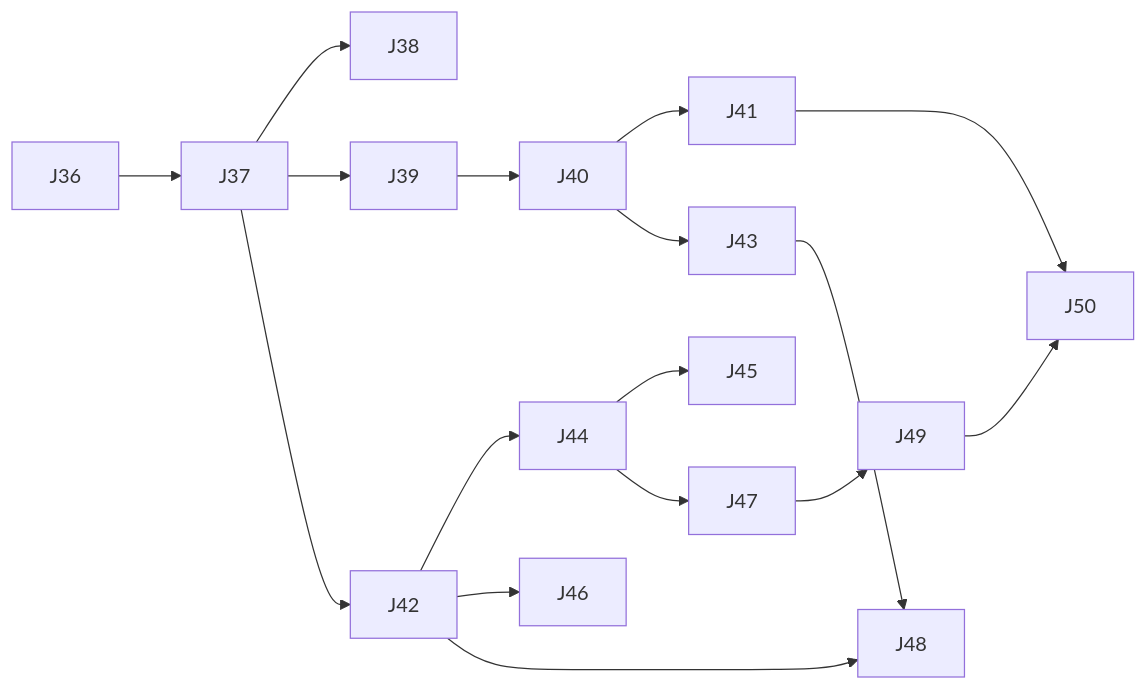
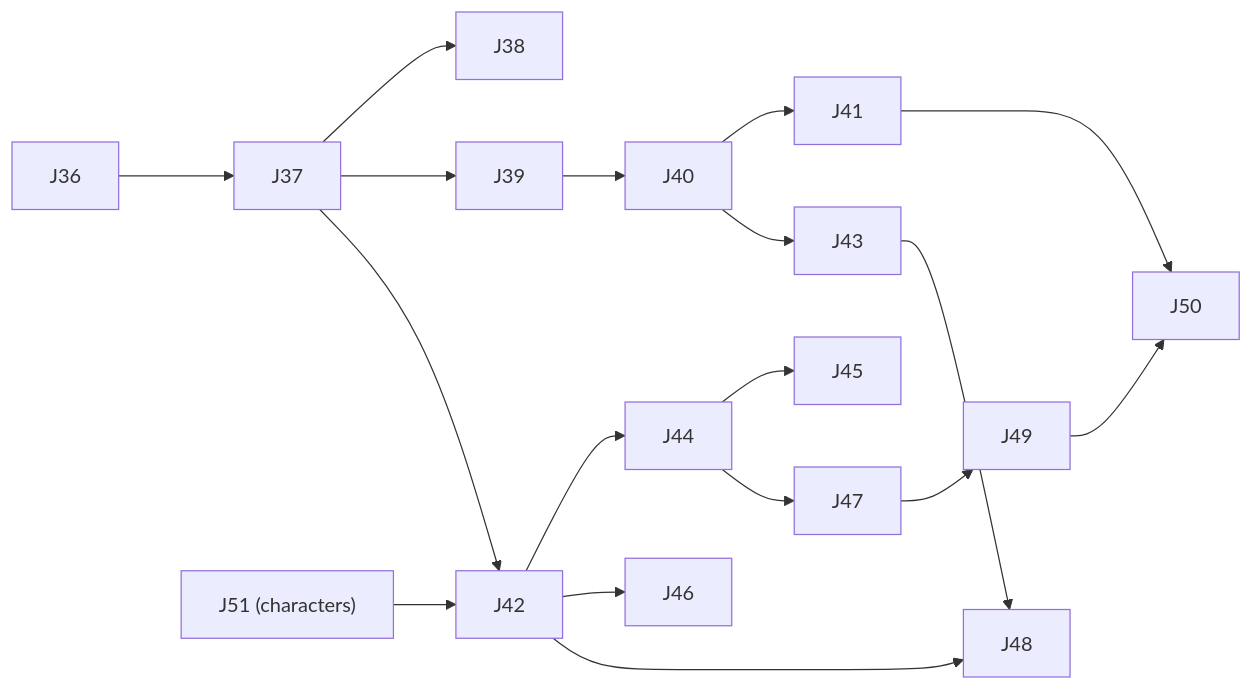
The third of 3 diagrams in docs/dense-geometry-and-ray-tracing.md (ivanhawkes/jettison), drawn with Mermaid before and after one commit. The commit also changed other lines of this file and 8 other files, not shown here.

````diff
--- a/docs/dense-geometry-and-ray-tracing.md
+++ b/docs/dense-geometry-and-ray-tracing.md
@@ -419,14 +425,15 @@
 ```mermaid
 flowchart LR
     J36 --> J37
     J37 --> J38
     J37 --> J39 --> J40 --> J41
     J40 --> J43
     J37 --> J42
+    J51["J51 (characters)"] --> J42
     J42 --> J44 --> J45
     J42 --> J46
     J44 --> J47 --> J49 --> J50
     J41 --> J50
     J43 --> J48
     J42 --> J48
 ```
````
